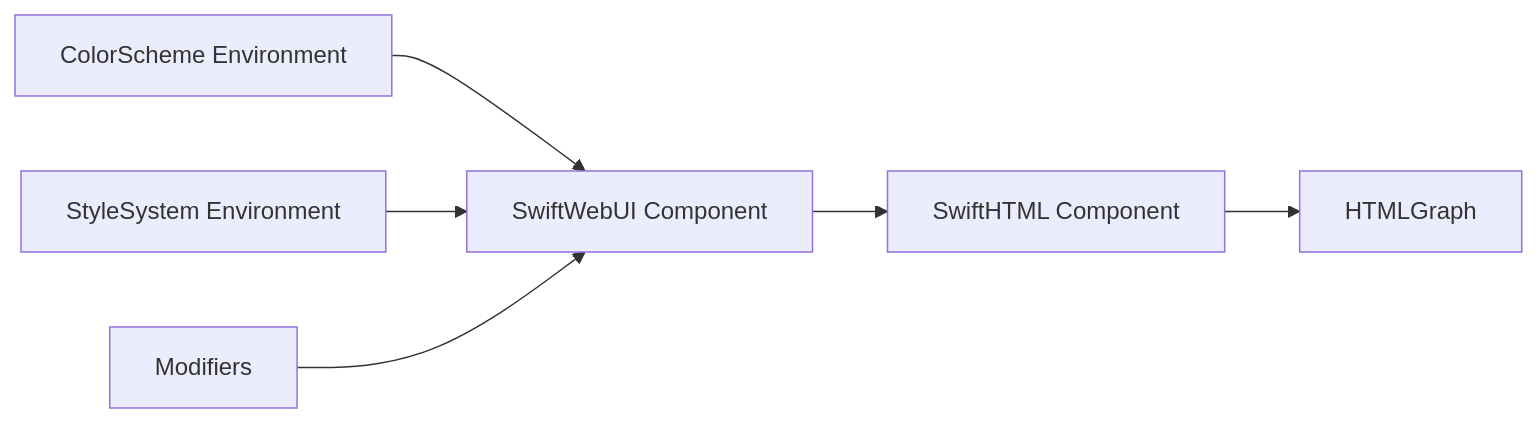
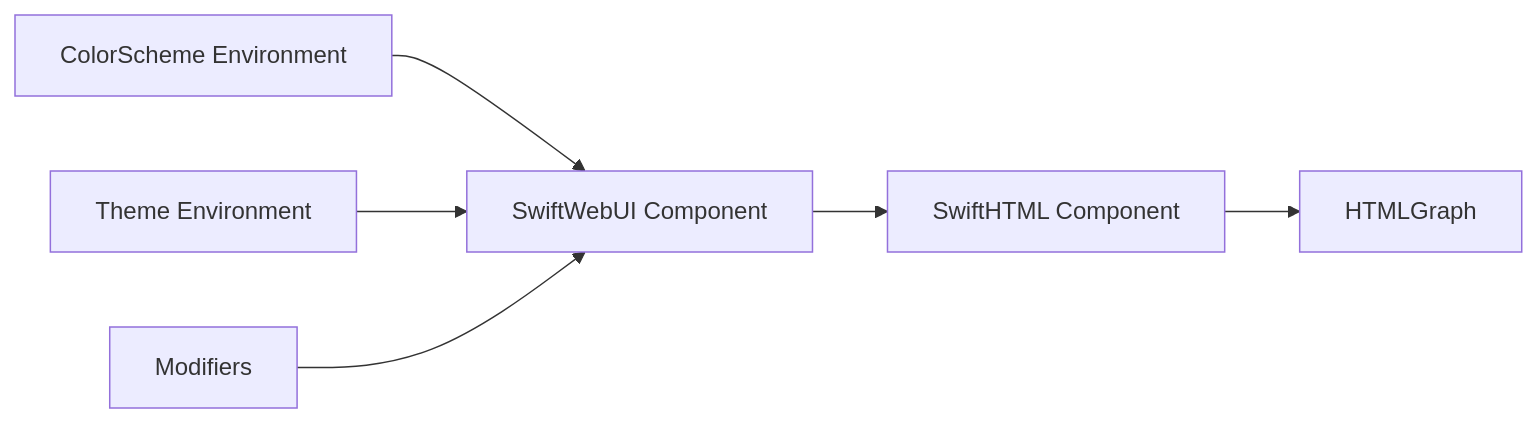
The first of 4 diagrams in Sources/SwiftWebUI/Components/README.md (1amageek/swift-web), drawn with Mermaid before and after one commit. The commit also changed other lines of this file and 43 other files, not shown here.

First line of the commit message:
Rename StyleSystem to Theme

````diff
--- a/Sources/SwiftWebUI/Components/README.md
+++ b/Sources/SwiftWebUI/Components/README.md
@@ -42,8 +42,8 @@
 ```mermaid
 flowchart LR
   A["SwiftWebUI Component"] --> B["SwiftHTML Component"]
   B --> C["HTMLGraph"]
   D["ColorScheme Environment"] --> A
-  E["StyleSystem Environment"] --> A
+  E["Theme Environment"] --> A
   F["Modifiers"] --> A
 ```
````
